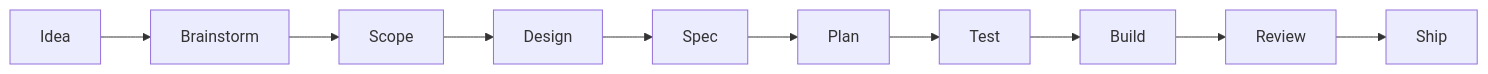
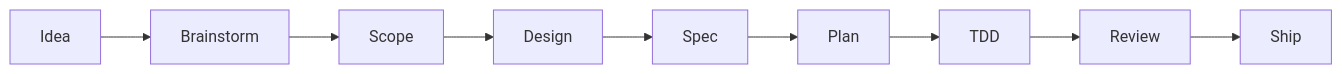
Before and after one commit to zuevrs/cclaw: the first of 2 diagrams in README.md, drawn with Mermaid. The commit also changed other lines of this file and 10 other files, not shown here.

First line of the commit message:
fix: align runtime guidance with unified cc/tdd flow

````diff
--- a/README.md
+++ b/README.md
@@ -13,12 +13,11 @@
 ```mermaid
 flowchart LR
     A[Idea] --> B[Brainstorm]
     B --> C[Scope]
     C --> D[Design]
     D --> E[Spec]
     E --> F[Plan]
-    F --> G[Test]
-    G --> H[Build]
-    H --> I[Review]
-    I --> J[Ship]
+    F --> G[TDD]
+    G --> H[Review]
+    H --> I[Ship]
 ```
````
